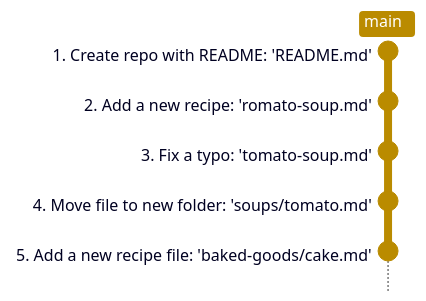
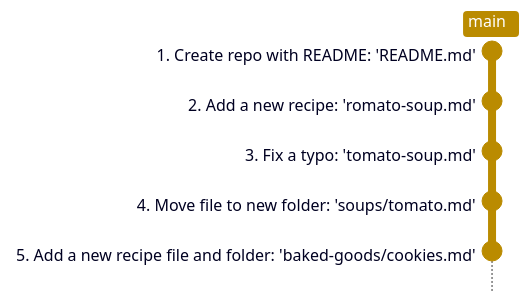
One commit to rostools/github-intro changed the second of 2 diagrams in sessions/basics.qmd. Above: the diagram before and after it, drawn with Mermaid. The commit also changed other lines of this file, not shown here.

````diff
--- a/sessions/basics.qmd
+++ b/sessions/basics.qmd
@@ -306,18 +306,18 @@
 ```{mermaid}
 %%| label: fig-git-commits
 %%| fig-cap: "Each step creates a new commit in the history log of the Git repository on GitHub."
 %%| fig-alt: "A diagram showing a series of commits in a Git repository, with text that is expanded on below the diagram."
 %%{init: {'themeVariables': {
   'git0': '#ba8b00', 
   'commitLabelBackground': '#ffffff', 
   'commitLabelFontSize': '16px'
   }, 'gitGraph': {'rotateCommitLabel': false}}
 }%%
 gitGraph TB:
   checkout main
   commit id: "1. Create repo with README: 'README.md'"
   commit id: "2. Add a new recipe: 'romato-soup.md'"
   commit id: "3. Fix a typo: 'tomato-soup.md'"
   commit id: "4. Move file to new folder: 'soups/tomato.md'"
-  commit id: "5. Add a new recipe file: 'baked-goods/cake.md'"
+  commit id: "5. Add a new recipe file and folder: 'baked-goods/cookies.md'"
 ```
````
